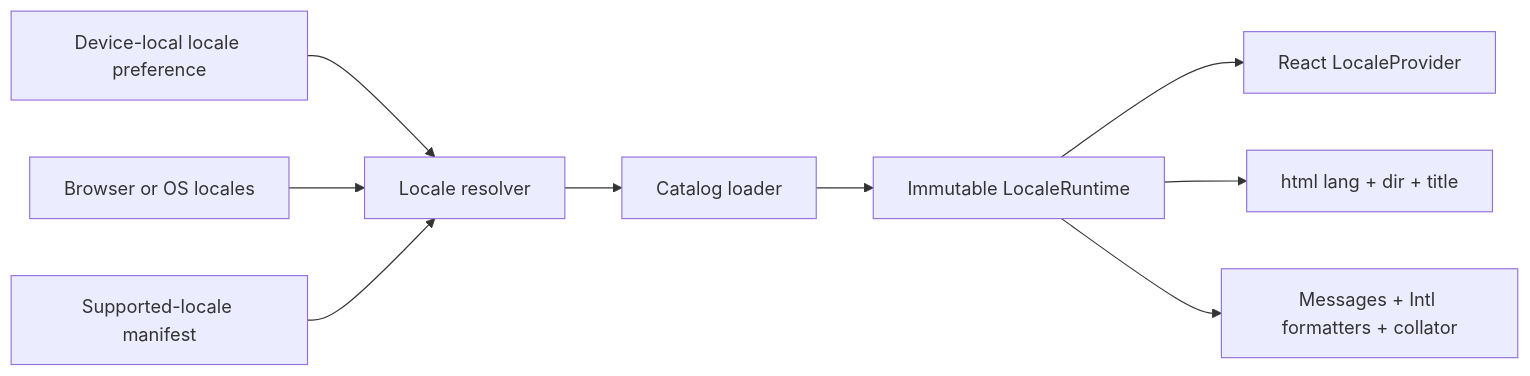
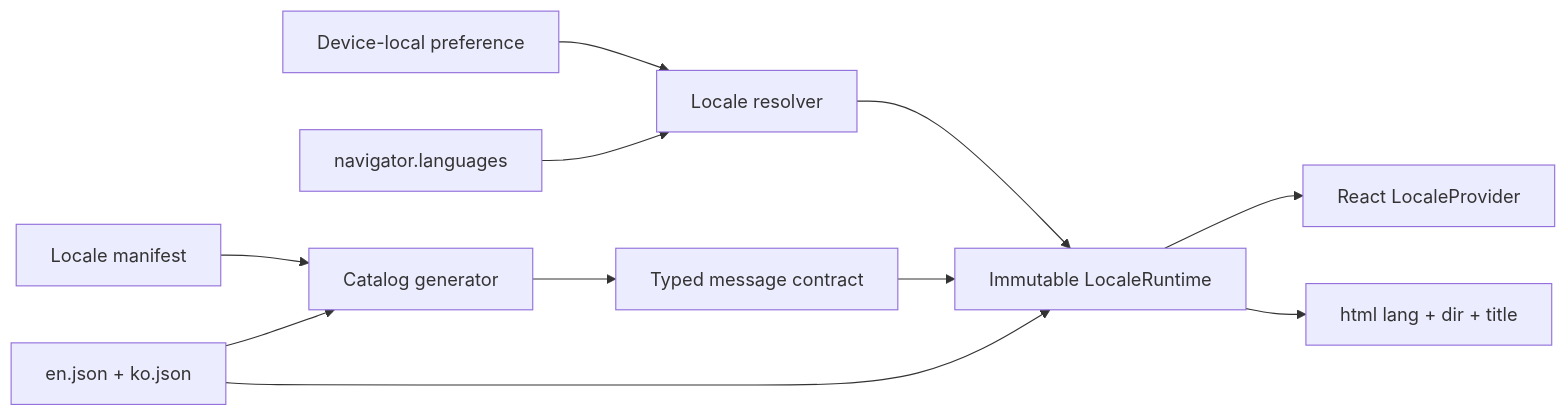
One commit to waneon/neoseq changed the diagram in architectures/i18n.md. Above: the diagram before and after it, drawn with Mermaid. The commit also changed other lines of this file and 47 other files, not shown here.

````diff
--- a/architectures/i18n.md
+++ b/architectures/i18n.md
@@ -29,11 +24,13 @@
 ```mermaid
 flowchart LR
-    Setting[Device-local locale preference] --> Resolve[Locale resolver]
-    Platform[Browser or OS locales] --> Resolve
-    Manifest[Supported-locale manifest] --> Resolve
-    Resolve --> Loader[Catalog loader]
-    Loader --> Runtime[Immutable LocaleRuntime]
-    Runtime --> React[React LocaleProvider]
+    Preference[Device-local preference] --> Resolver[Locale resolver]
+    Platform[navigator.languages] --> Resolver
+    Manifest[Locale manifest] --> Generator[Catalog generator]
+    Catalogs[en.json + ko.json] --> Generator
+    Generator --> Types[Typed message contract]
+    Resolver --> Runtime[Immutable LocaleRuntime]
+    Types --> Runtime
+    Catalogs --> Runtime
+    Runtime --> Provider[React LocaleProvider]
     Runtime --> Document[html lang + dir + title]
-    Runtime --> Format[Messages + Intl formatters + collator]
 ```
````
